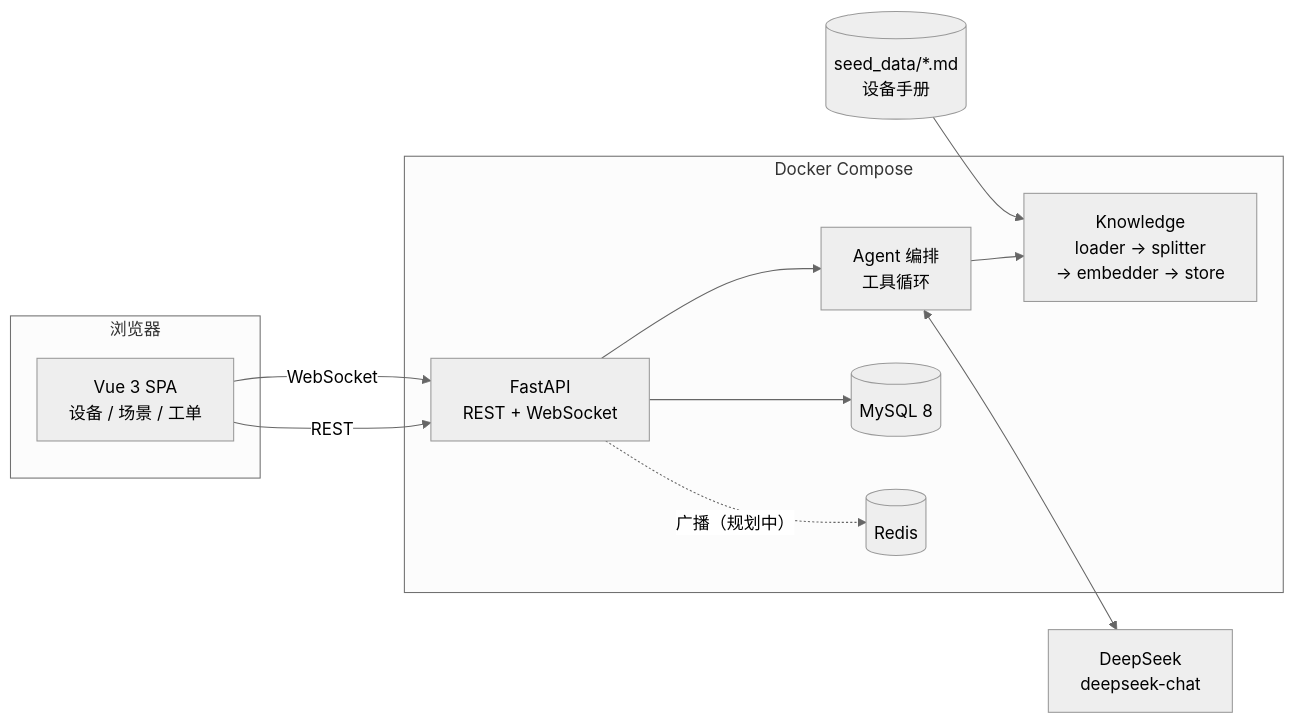
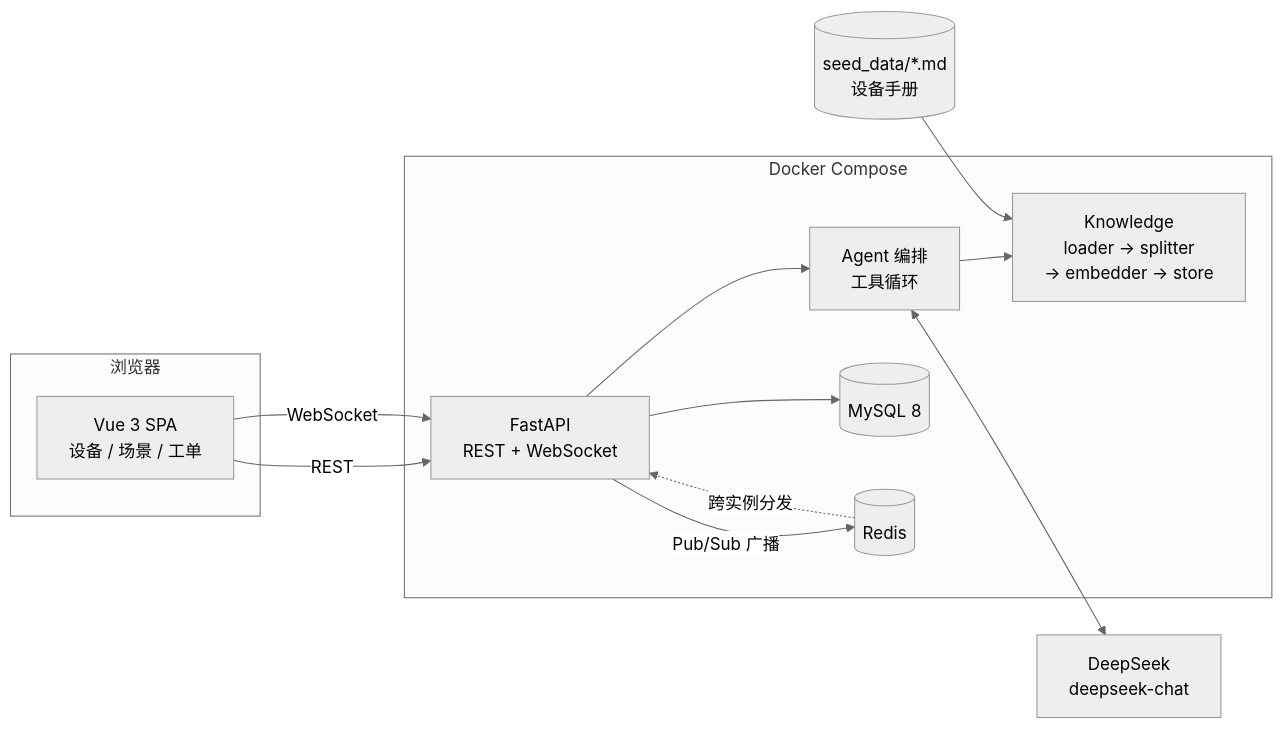
The diagram in README.md (Shank324/my-smart-home-agent), drawn with Mermaid (neutral theme) before and after one commit. The commit also changed other lines of this file and 40 other files, not shown here.

````diff
--- a/README.md
+++ b/README.md
@@ -88,26 +88,27 @@
 ```mermaid
 flowchart LR
     subgraph Browser["浏览器"]
         V["Vue 3 SPA<br/>设备 / 场景 / 工单"]
     end
 
     subgraph Docker["Docker Compose"]
         A["FastAPI<br/>REST + WebSocket"]
         AG["Agent 编排<br/>工具循环"]
         M[("MySQL 8")]
         R[("Redis")]
         K["Knowledge<br/>loader → splitter<br/>→ embedder → store"]
     end
 
     S[("seed_data/*.md<br/>设备手册")]
     L["DeepSeek<br/>deepseek-chat"]
 
     V -- REST --> A
     V -- WebSocket --> A
     A --> AG
     A --> M
     AG --> K
     AG <--> L
     S --> K
-    A -. 广播（规划中） .-> R
+    A -- Pub/Sub 广播 --> R
+    R -. 跨实例分发 .-> A
 ```
````
